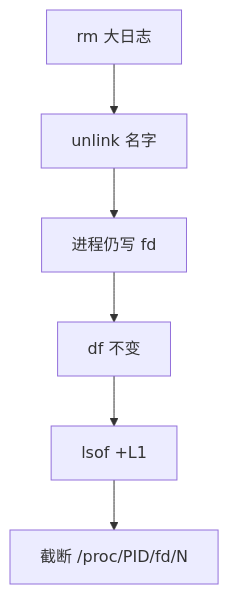
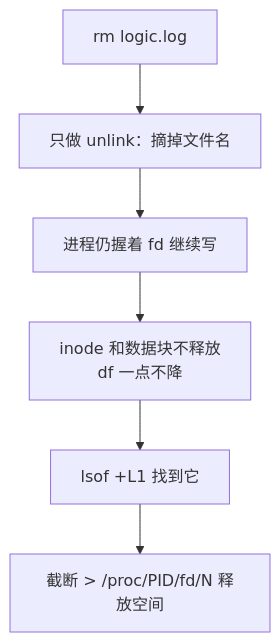
Before and after one commit to ml-cuizijun/LearnToLilith: the seventh of 9 diagrams in 01-基础底座/08-磁盘与IO/知识点.md, drawn with Mermaid. The commit also changed other lines of this file and 470 other files, not shown here.

````diff
--- a/01-基础底座/08-磁盘与IO/知识点.md
+++ b/01-基础底座/08-磁盘与IO/知识点.md
@@ -722,8 +329,7 @@
 ```mermaid
 flowchart TB
-    A[rm 大日志] --> B[unlink 名字]
-    B --> C[进程仍写 fd]
-    C --> D[df 不变]
-    D --> E[lsof +L1]
-    E --> F["截断 /proc/PID/fd/N"]
+    A["rm logic.log"] --> B["只做 unlink：摘掉文件名"]
+    B --> C["进程仍握着 fd 继续写"]
+    C --> D["inode 和数据块不释放<br/>df 一点不降"]
+    D --> E["lsof +L1 找到它"] --> F["截断 > /proc/PID/fd/N 释放空间"]
 ```
````
